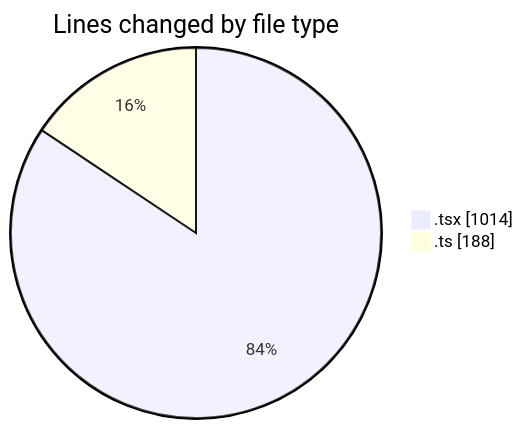
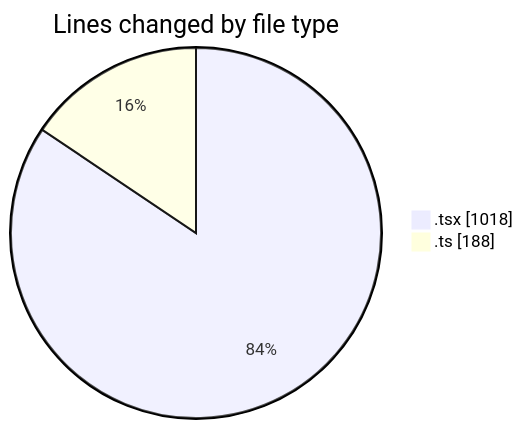
The first of 2 diagrams in 2025-10-31/eventscop-frontend-guide__workspace_/README.md (julien-gomy/code-tracking), drawn with Mermaid before and after one commit. The commit also changed other lines of this file and 1 other file, not shown here.

````diff
--- a/2025-10-31/eventscop-frontend-guide__workspace_/README.md
+++ b/2025-10-31/eventscop-frontend-guide__workspace_/README.md
@@ -26,6 +26,6 @@
 ```mermaid
 pie showData
 title Lines changed by file type
-".tsx" : 1014
+".tsx" : 1018
 ".ts" : 188
 ```
````
